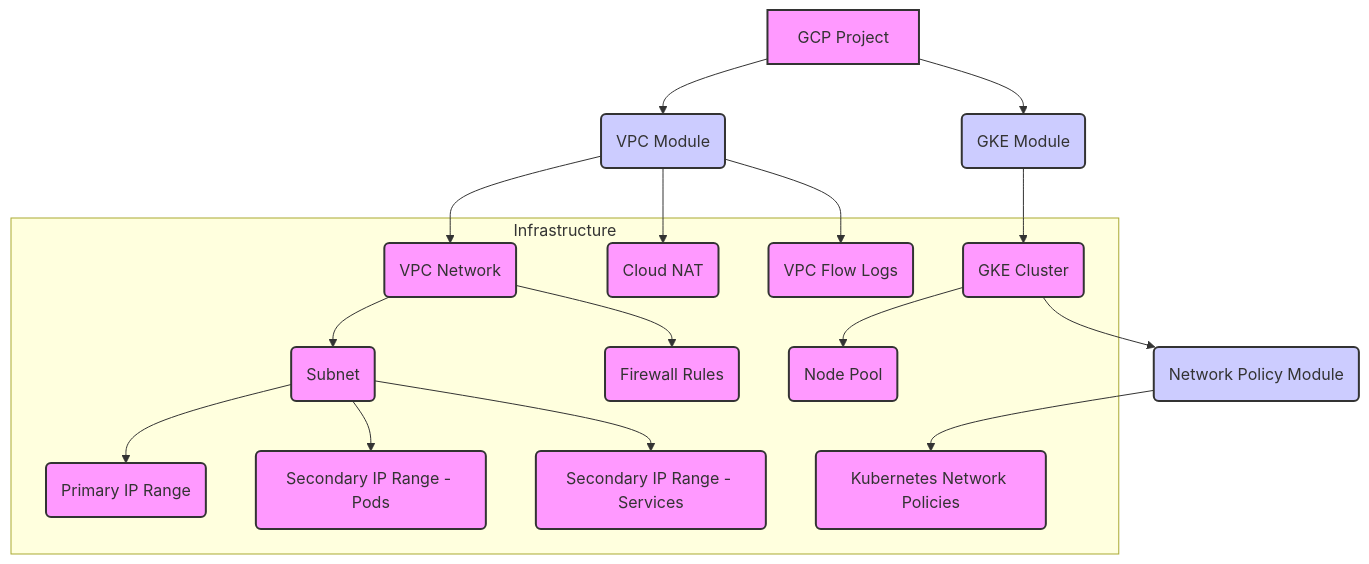
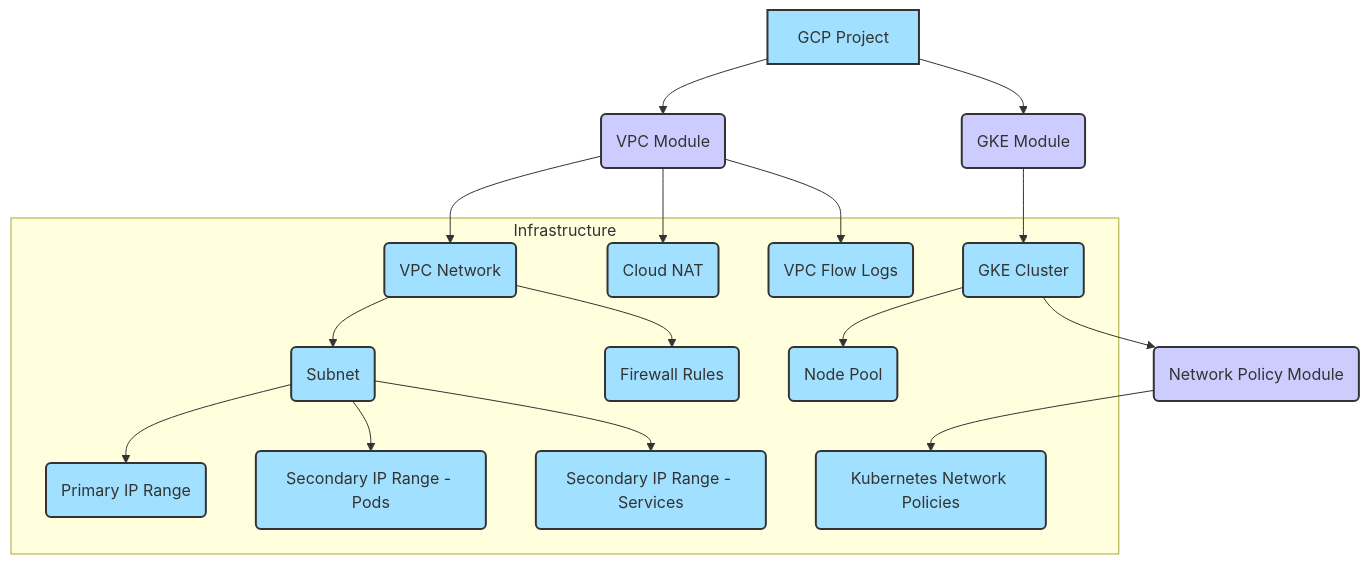
The diagram in README.md (Mdaftab/GKE_cluster_with_terraform01), drawn with Mermaid before and after one commit. The commit also changed other lines of this file, not shown here.

````diff
--- a/README.md
+++ b/README.md
@@ -167,36 +162,36 @@
 ```mermaid
 graph TD
     A[GCP Project] --> B(VPC Module)
     B --> C(VPC Network)
     C --> D(Subnet)
     D --> E(Primary IP Range)
     D --> F(Secondary IP Range - Pods)
     D --> G(Secondary IP Range - Services)
     C --> H(Firewall Rules)
     B --> I(Cloud NAT)
     B --> J(VPC Flow Logs)
 
     A --> K(GKE Module)
     K --> L(GKE Cluster)
     L --> M(Node Pool)
     L --> N(Network Policy Module)
     N --> O(Kubernetes Network Policies)
 
     subgraph Infrastructure
         C
         D
         E
         F
         G
         H
         I
         J
         L
         M
         O
     end
 
-    classDef default fill:#f9f,stroke:#333,stroke-width:2px;
+    classDef default fill:#a2e0ff,stroke:#333,stroke-width:2px;
     classDef module fill:#ccf,stroke:#333,stroke-width:2px;
     class B,K,N module;
 ```
````
